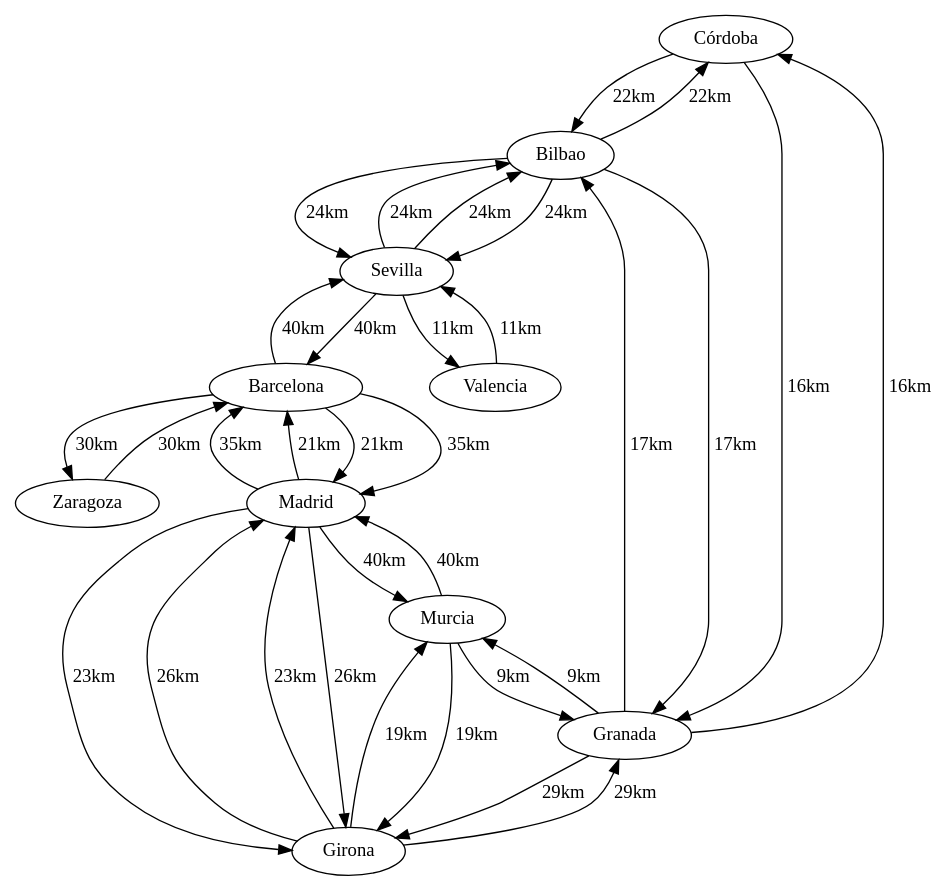
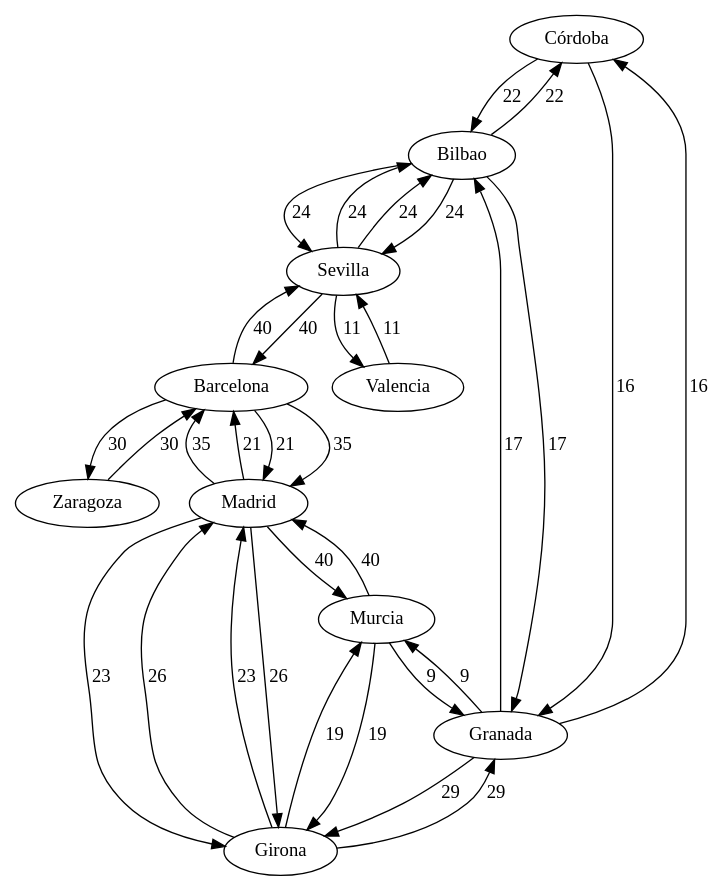
The diagram in cmake-build-debug/grafoRutas.dot (moisibot/201930195_EDD_Proyecto), drawn with Graphviz before and after one commit. The commit also changed 22 other files, not shown here.

```diff
--- a/cmake-build-debug/grafoRutas.dot
+++ b/cmake-build-debug/grafoRutas.dot
@@ -1,44 +1,44 @@
 digraph Grafo {
 "Córdoba";
-"Córdoba" -> "Bilbao" [label="22km"];
-"Córdoba" -> "Granada" [label="16km"];
+"Córdoba" -> "Bilbao" [label="22"];
+"Córdoba" -> "Granada" [label="16"];
 "Murcia";
-"Murcia" -> "Madrid" [label="40km"];
-"Murcia" -> "Girona" [label="19km"];
-"Murcia" -> "Granada" [label="9km"];
+"Murcia" -> "Madrid" [label="40"];
+"Murcia" -> "Girona" [label="19"];
+"Murcia" -> "Granada" [label="9"];
 "Granada";
-"Granada" -> "Girona" [label="29km"];
-"Granada" -> "Córdoba" [label="16km"];
-"Granada" -> "Murcia" [label="9km"];
-"Granada" -> "Bilbao" [label="17km"];
+"Granada" -> "Girona" [label="29"];
+"Granada" -> "Córdoba" [label="16"];
+"Granada" -> "Murcia" [label="9"];
+"Granada" -> "Bilbao" [label="17"];
 "Bilbao";
-"Bilbao" -> "Córdoba" [label="22km"];
-"Bilbao" -> "Sevilla" [label="24km"];
-"Bilbao" -> "Granada" [label="17km"];
-"Bilbao" -> "Sevilla" [label="24km"];
+"Bilbao" -> "Córdoba" [label="22"];
+"Bilbao" -> "Sevilla" [label="24"];
+"Bilbao" -> "Granada" [label="17"];
+"Bilbao" -> "Sevilla" [label="24"];
 "Valencia";
-"Valencia" -> "Sevilla" [label="11km"];
+"Valencia" -> "Sevilla" [label="11"];
 "Sevilla";
-"Sevilla" -> "Bilbao" [label="24km"];
-"Sevilla" -> "Bilbao" [label="24km"];
-"Sevilla" -> "Valencia" [label="11km"];
-"Sevilla" -> "Barcelona" [label="40km"];
+"Sevilla" -> "Bilbao" [label="24"];
+"Sevilla" -> "Bilbao" [label="24"];
+"Sevilla" -> "Valencia" [label="11"];
+"Sevilla" -> "Barcelona" [label="40"];
 "Zaragoza";
-"Zaragoza" -> "Barcelona" [label="30km"];
+"Zaragoza" -> "Barcelona" [label="30"];
 "Barcelona";
-"Barcelona" -> "Sevilla" [label="40km"];
-"Barcelona" -> "Zaragoza" [label="30km"];
-"Barcelona" -> "Madrid" [label="35km"];
-"Barcelona" -> "Madrid" [label="21km"];
+"Barcelona" -> "Sevilla" [label="40"];
+"Barcelona" -> "Zaragoza" [label="30"];
+"Barcelona" -> "Madrid" [label="35"];
+"Barcelona" -> "Madrid" [label="21"];
 "Madrid";
-"Madrid" -> "Murcia" [label="40km"];
-"Madrid" -> "Barcelona" [label="35km"];
-"Madrid" -> "Barcelona" [label="21km"];
-"Madrid" -> "Girona" [label="26km"];
-"Madrid" -> "Girona" [label="23km"];
+"Madrid" -> "Murcia" [label="40"];
+"Madrid" -> "Barcelona" [label="35"];
+"Madrid" -> "Barcelona" [label="21"];
+"Madrid" -> "Girona" [label="26"];
+"Madrid" -> "Girona" [label="23"];
 "Girona";
-"Girona" -> "Murcia" [label="19km"];
-"Girona" -> "Granada" [label="29km"];
-"Girona" -> "Madrid" [label="26km"];
-"Girona" -> "Madrid" [label="23km"];
+"Girona" -> "Murcia" [label="19"];
+"Girona" -> "Granada" [label="29"];
+"Girona" -> "Madrid" [label="26"];
+"Girona" -> "Madrid" [label="23"];
 }
```
